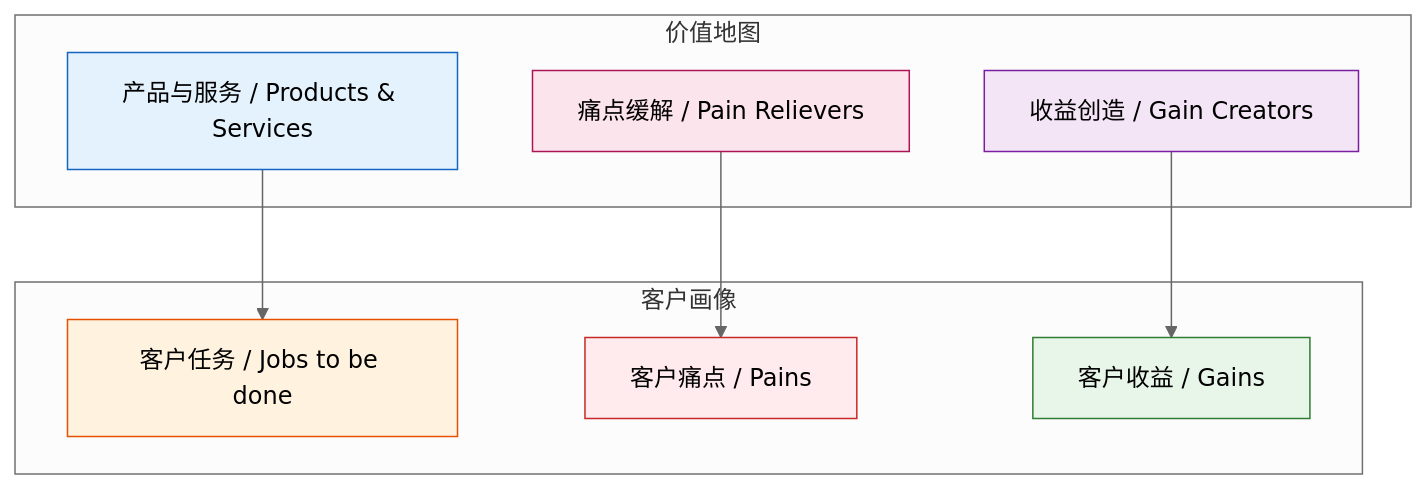
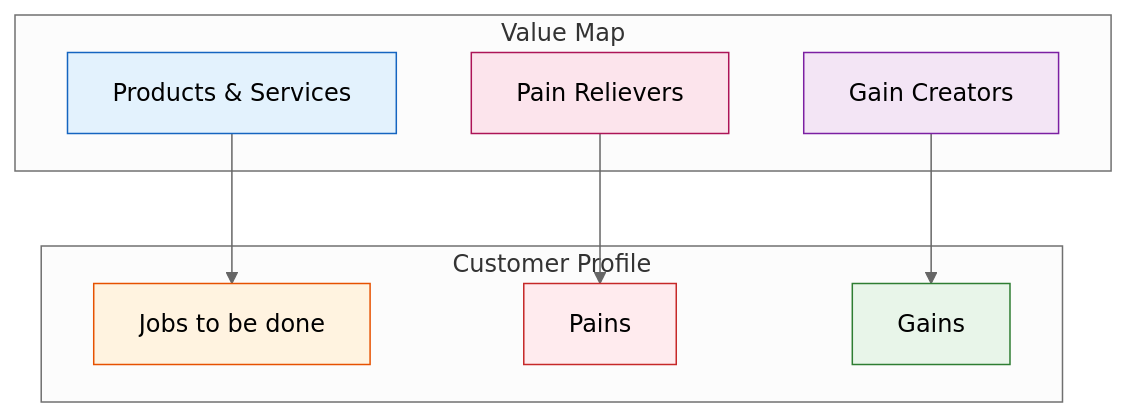
Before and after one commit to Kirky-X/cangjie: the third of 15 diagrams in templates/【模板】商业模式文档.md, drawn with Mermaid (neutral theme). The commit also changed other lines of this file and 12 other files, not shown here.

````diff
--- a/templates/【模板】商业模式文档.md
+++ b/templates/【模板】商业模式文档.md
@@ -114,25 +114,25 @@
 ```mermaid
 graph TB
-    subgraph 客户画像
-        J1[客户任务 / Jobs to be done]
-        J2[客户痛点 / Pains]
-        J3[客户收益 / Gains]
+    subgraph Customer Profile
+        J1[Jobs to be done]
+        J2[Pains]
+        J3[Gains]
     end
 
-    subgraph 价值地图
-        V1[产品与服务 / Products & Services]
-        V2[痛点缓解 / Pain Relievers]
-        V3[收益创造 / Gain Creators]
+    subgraph Value Map
+        V1[Products & Services]
+        V2[Pain Relievers]
+        V3[Gain Creators]
     end
 
     V1 --> J1
     V2 --> J2
     V3 --> J3
 
     style J1 fill:#fff3e0,stroke:#e65100
     style J2 fill:#ffebee,stroke:#c62828
     style J3 fill:#e8f5e9,stroke:#2e7d32
     style V1 fill:#e3f2fd,stroke:#1565c0
     style V2 fill:#fce4ec,stroke:#ad1457
     style V3 fill:#f3e5f5,stroke:#7b1fa2
 ```
````
